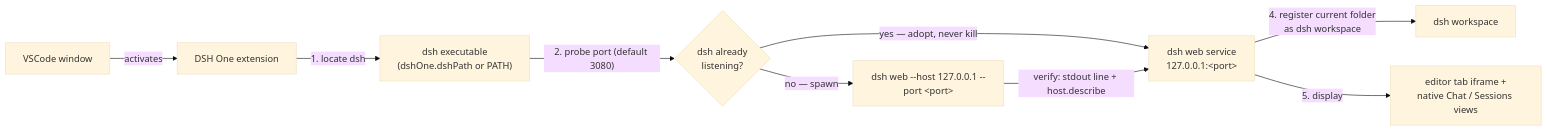
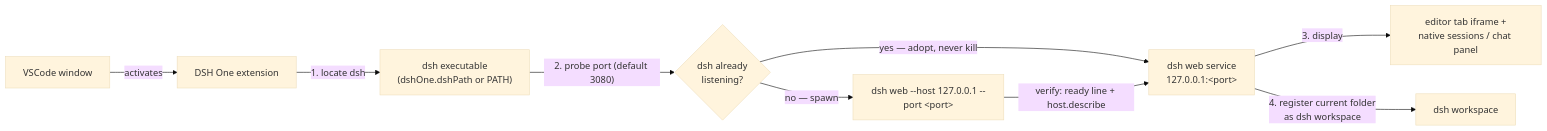
Before and after one commit to imchangchang/dsh-one: the diagram in README.md, drawn with Mermaid (base theme). The commit also changed other lines of this file and 1 other file, not shown here.

````diff
--- a/README.md
+++ b/README.md
@@ -56,11 +52,11 @@
 ```mermaid
 flowchart LR
   VS["VSCode window"] -->|"activates"| EXT["DSH One extension"]
   EXT -->|"1. locate dsh"| DSH["dsh executable<br/>(dshOne.dshPath or PATH)"]
   DSH -->|"2. probe port (default 3080)"| PROBE{"dsh already<br/>listening?"}
   PROBE -->|"yes — adopt, never kill"| SRV["dsh web service<br/>127.0.0.1:&lt;port&gt;"]
   PROBE -->|"no — spawn"| SPAWN["dsh web --host 127.0.0.1 --port &lt;port&gt;"]
-  SPAWN -->|"verify: stdout line + host.describe"| SRV
+  SPAWN -->|"verify: ready line + host.describe"| SRV
+  SRV -->|"3. display"| UI["editor tab iframe +<br/>native sessions / chat panel"]
   SRV -->|"4. register current folder<br/>as dsh workspace"| WS["dsh workspace"]
-  SRV -->|"5. display"| UI["editor tab iframe +<br/>native Chat / Sessions views"]
 ```
````
